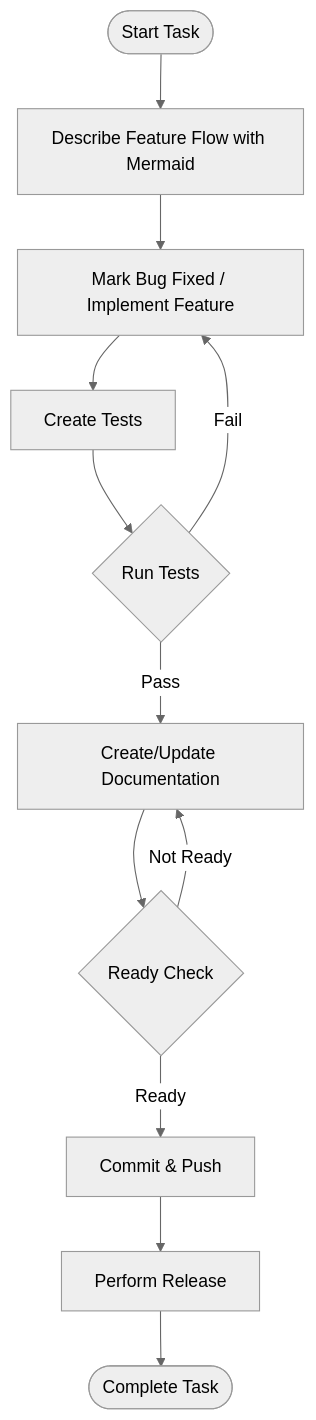
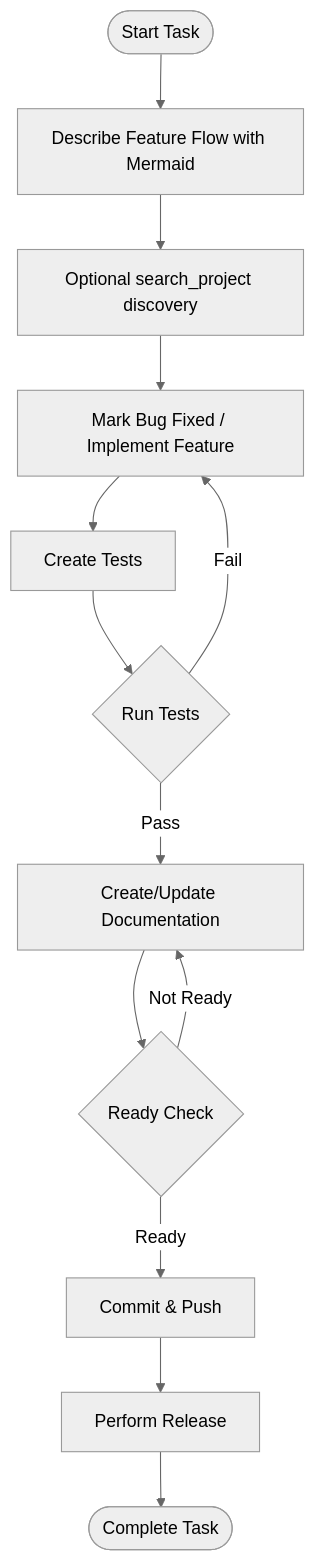
Before and after one commit to programinglive/dev-workflow: the diagram in docs/PRD.md, drawn with Mermaid (neutral theme). The commit also changed other lines of this file and 13 other files, not shown here.

First line of the commit message:
feat: add bounded local project search

````diff
--- a/docs/PRD.md
+++ b/docs/PRD.md
@@ -50,14 +52,15 @@
 ```mermaid
 graph TD
     Start([Start Task]) --> FeatureFlow[Describe Feature Flow with Mermaid]
-    FeatureFlow --> Fix[Mark Bug Fixed / Implement Feature]
+    FeatureFlow --> ProjectSearch[Optional search_project discovery]
+    ProjectSearch --> Fix[Mark Bug Fixed / Implement Feature]
     Fix --> CreateTests[Create Tests]
     CreateTests --> RunTests{Run Tests}
     RunTests -- Fail --> Fix
     RunTests -- Pass --> CreateDocs[Create/Update Documentation]
     CreateDocs --> ReadyCheck{Ready Check}
     ReadyCheck -- Not Ready --> CreateDocs
     ReadyCheck -- Ready --> Commit[Commit & Push]
     Commit --> Release[Perform Release]
     Release --> Complete([Complete Task])
 ```
````
